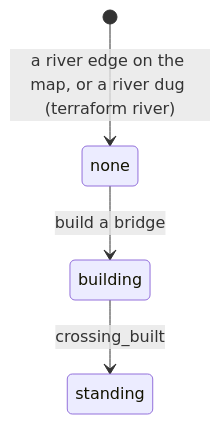
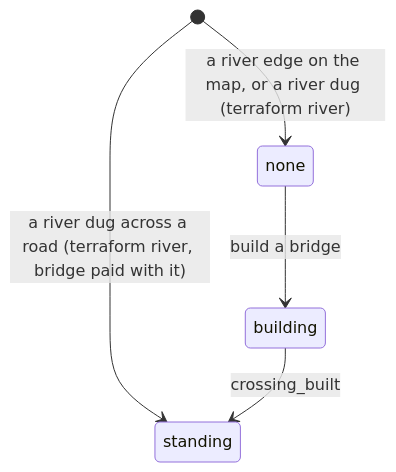
Before and after one commit to wesely1996/slavian: diagram 12 of 21 in docs/state-machines.md, drawn with Mermaid. The commit also changed other lines of this file and 39 other files, not shown here.

````diff
--- a/docs/state-machines.md
+++ b/docs/state-machines.md
@@ -227,6 +230,7 @@
 ```mermaid
 stateDiagram-v2
   [*] --> none: a river edge on the map, or a river dug (terraform river)
+  [*] --> standing: a river dug across a road (terraform river, bridge paid with it)
   none --> building: build a bridge
   building --> standing: crossing_built
 ```
````
